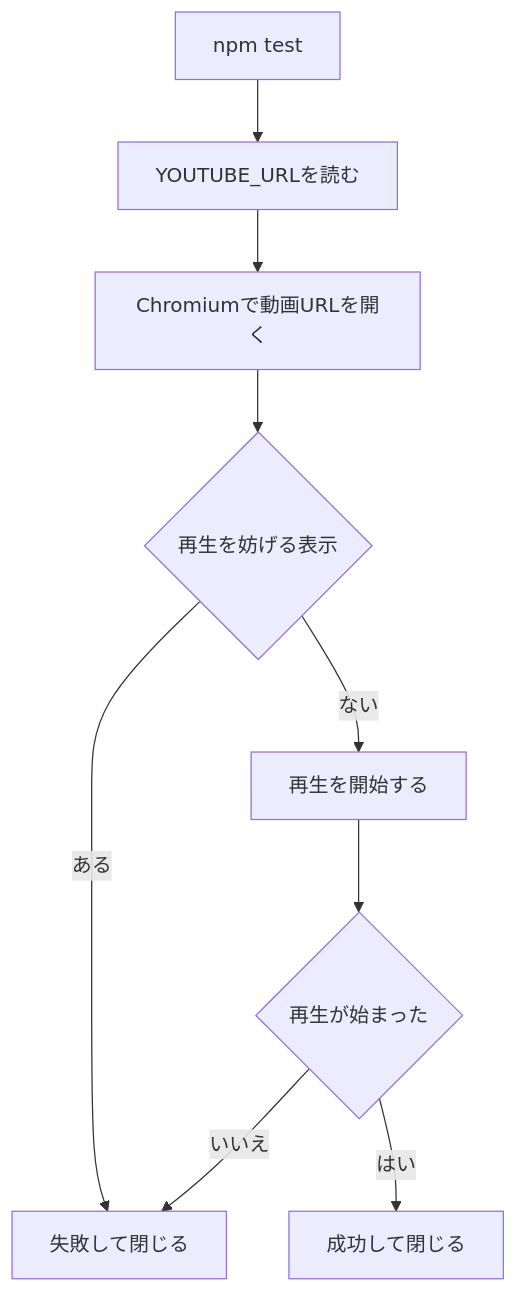
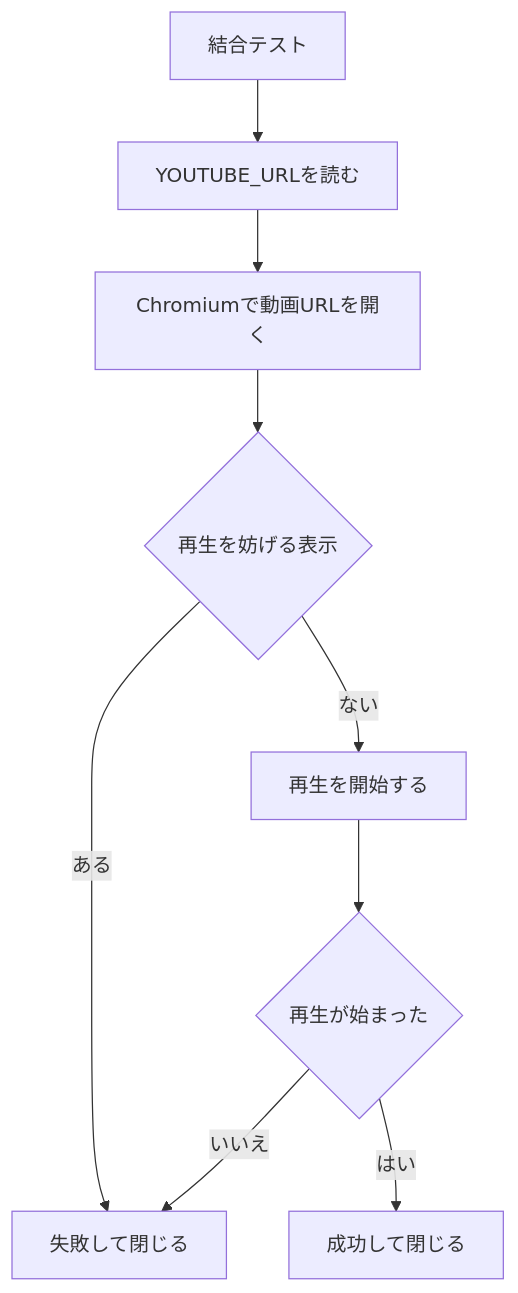
One commit to mshrynzw/playwright-youtube-auto-play changed the diagram in docs/design.md. Above: the diagram before and after it, drawn with Mermaid. The commit also changed other lines of this file and 14 other files, not shown here.

````diff
--- a/docs/design.md
+++ b/docs/design.md
@@ -27,11 +27,11 @@
 ```mermaid
 flowchart TD
-  startNode[npm test] --> readUrl[YOUTUBE_URLを読む]
+  startNode[結合テスト] --> readUrl[YOUTUBE_URLを読む]
   readUrl --> openPage[Chromiumで動画URLを開く]
   openPage --> blocked{再生を妨げる表示}
   blocked -->|ある| failNode[失敗して閉じる]
   blocked -->|ない| playNode[再生を開始する]
   playNode --> started{再生が始まった}
   started -->|はい| passNode[成功して閉じる]
   started -->|いいえ| failNode
 ```
````
